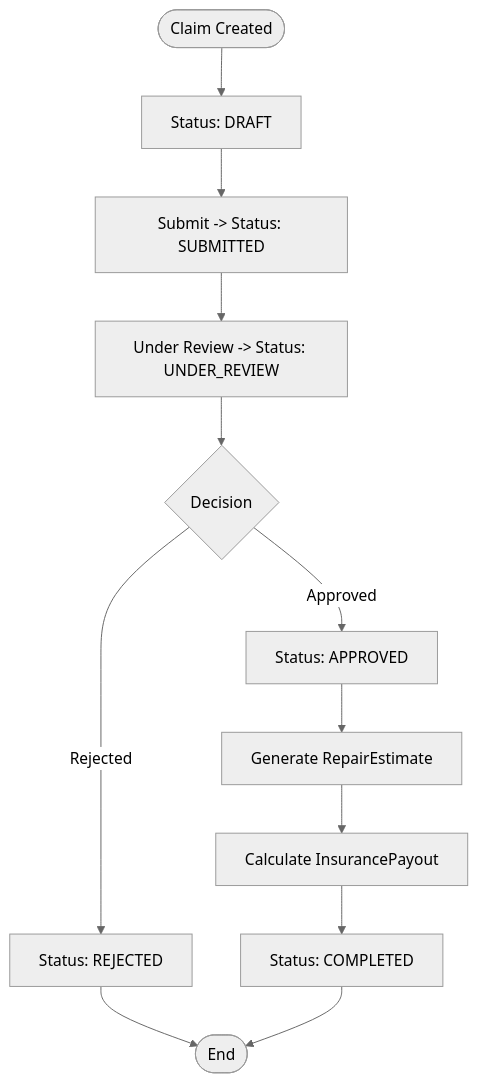
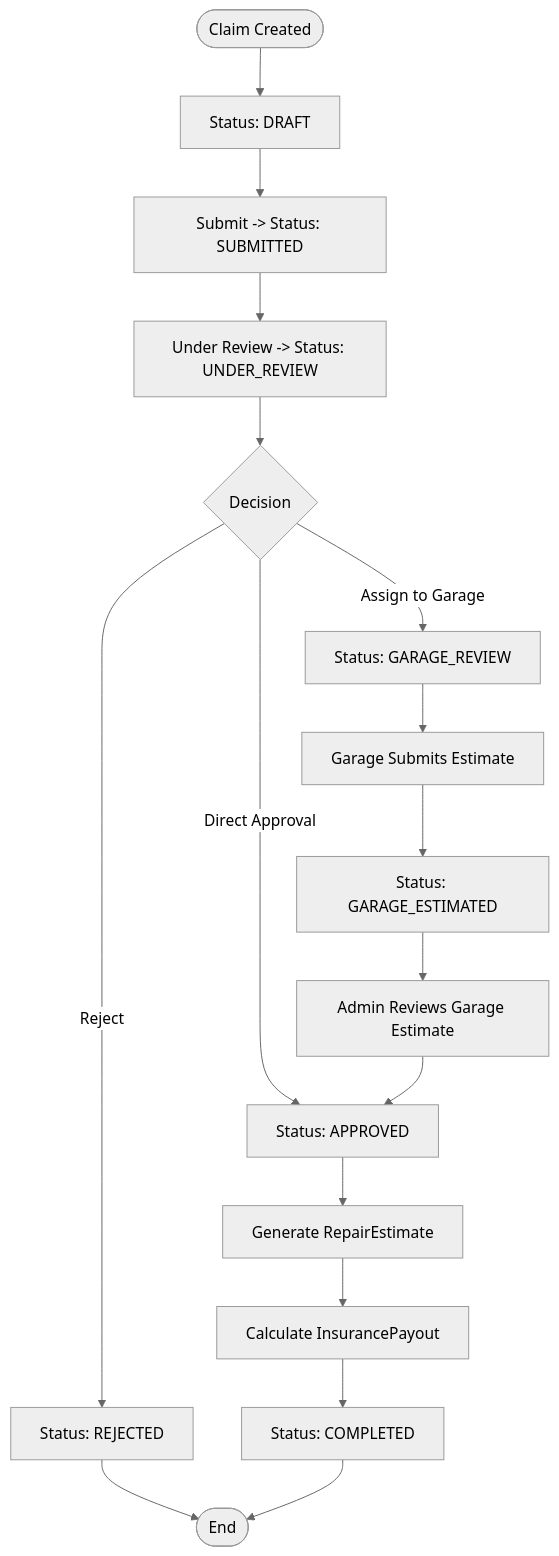
One commit to NaveenHiranya/Smart-Vehicle-Insurance-Claim-System changed the fourth of 4 diagrams in .qoder/repowiki/en/content/Database Design.md. Above: the diagram before and after it, drawn with Mermaid (neutral theme). The commit also changed other lines of this file and 87 other files, not shown here.

````diff
--- a/.qoder/repowiki/en/content/Database Design.md
+++ b/.qoder/repowiki/en/content/Database Design.md
@@ -468,14 +620,19 @@
 ```mermaid
 flowchart TD
 Start(["Claim Created"]) --> Draft["Status: DRAFT"]
 Draft --> Submitted["Submit -> Status: SUBMITTED"]
 Submitted --> Review["Under Review -> Status: UNDER_REVIEW"]
 Review --> Decision{"Decision"}
-Decision --> |Approved| Approved["Status: APPROVED"]
-Decision --> |Rejected| Rejected["Status: REJECTED"]
-Approved --> Estimate["Generate RepairEstimate"]
-Estimate --> Payout["Calculate InsurancePayout"]
+Decision --> |Assign to Garage| GarageReview["Status: GARAGE_REVIEW"]
+Decision --> |Direct Approval| Approved["Status: APPROVED"]
+Decision --> |Reject| Rejected["Status: REJECTED"]
+GarageReview --> GarageEstimate["Garage Submits Estimate"]
+GarageEstimate --> GarageEstimated["Status: GARAGE_ESTIMATED"]
+GarageEstimated --> AdminReview["Admin Reviews Garage Estimate"]
+AdminReview --> Approved
+Approved --> FinalEstimate["Generate RepairEstimate"]
+FinalEstimate --> Payout["Calculate InsurancePayout"]
 Payout --> Completed["Status: COMPLETED"]
 Rejected --> End(["End"])
 Completed --> End
 ```
````
